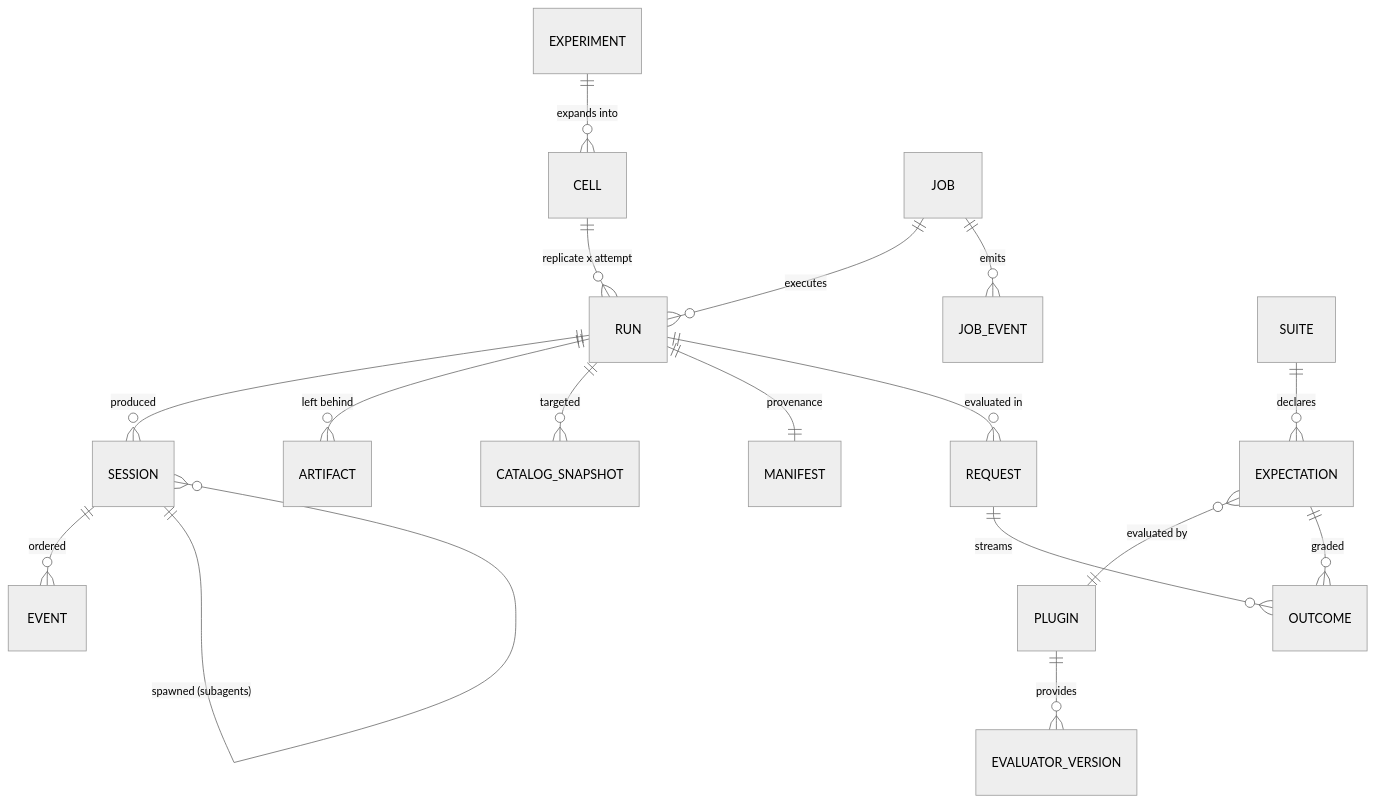
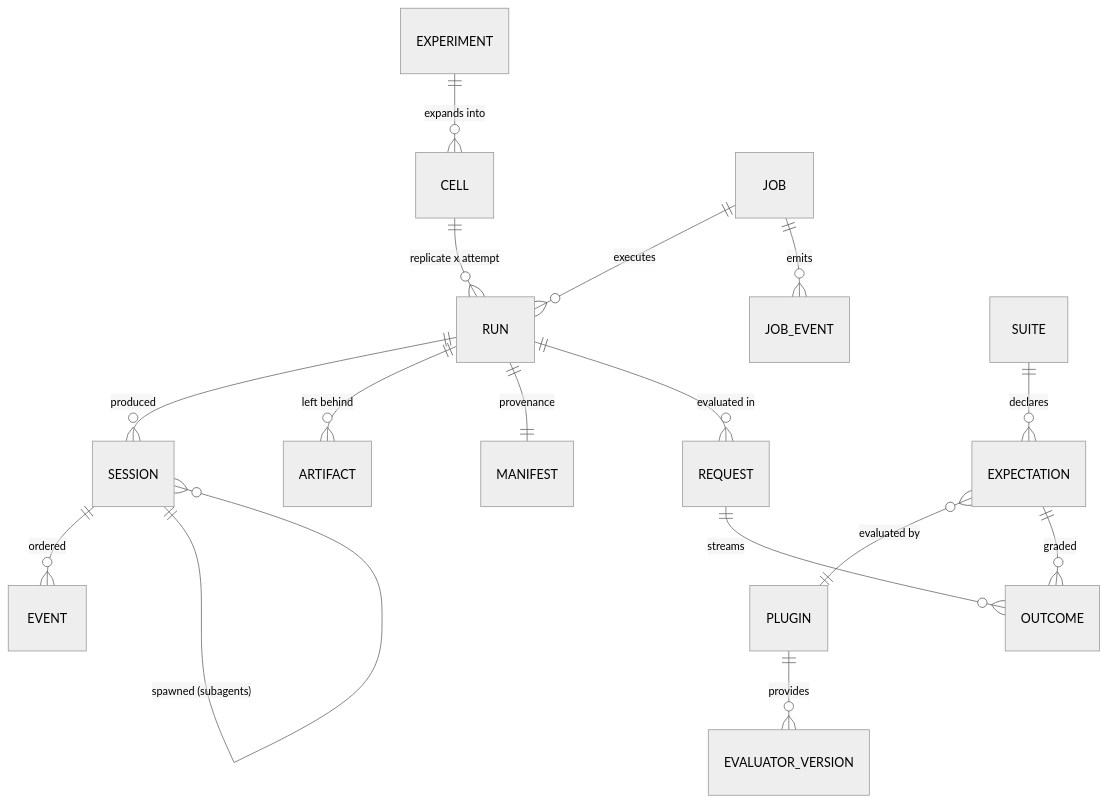
Before and after one commit to CrackingShells/Candler: the third of 5 diagrams in __design__/architecture.md, drawn with Mermaid (neutral theme). The commit also changed other lines of this file and 2 other files, not shown here.

First line of the commit message:
docs(readme): state a run's tools by the MCP config, census and trace

````diff
--- a/__design__/architecture.md
+++ b/__design__/architecture.md
@@ -1083,19 +1082,18 @@
 ```mermaid
 erDiagram
   EXPERIMENT ||--o{ CELL : "expands into"
   CELL ||--o{ RUN : "replicate x attempt"
   JOB ||--o{ RUN : executes
   JOB ||--o{ JOB_EVENT : emits
   RUN ||--o{ SESSION : produced
   SESSION ||--o{ EVENT : ordered
   SESSION ||--o{ SESSION : "spawned (subagents)"
   RUN ||--o{ ARTIFACT : "left behind"
-  RUN ||--o{ CATALOG_SNAPSHOT : targeted
   RUN ||--|| MANIFEST : provenance
   PLUGIN ||--o{ EVALUATOR_VERSION : provides
   SUITE ||--o{ EXPECTATION : declares
   EXPECTATION }o--|| PLUGIN : "evaluated by"
   RUN ||--o{ REQUEST : "evaluated in"
   REQUEST ||--o{ OUTCOME : streams
   EXPECTATION ||--o{ OUTCOME : graded
 ```
````
